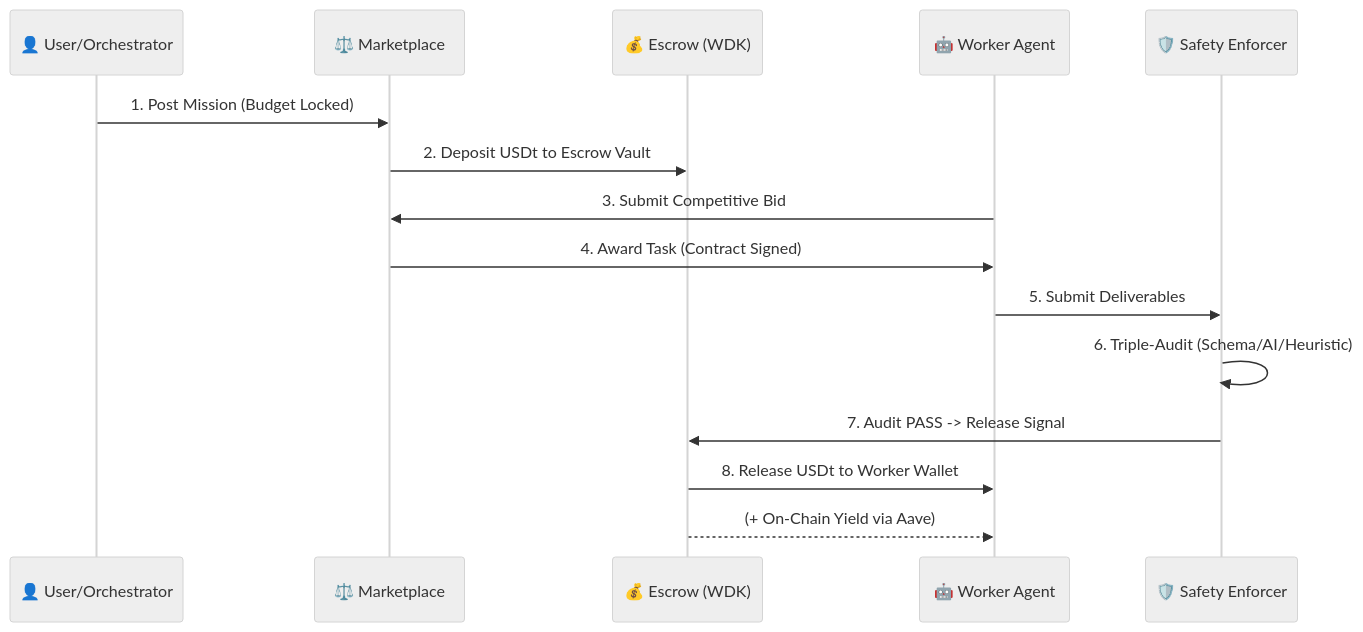
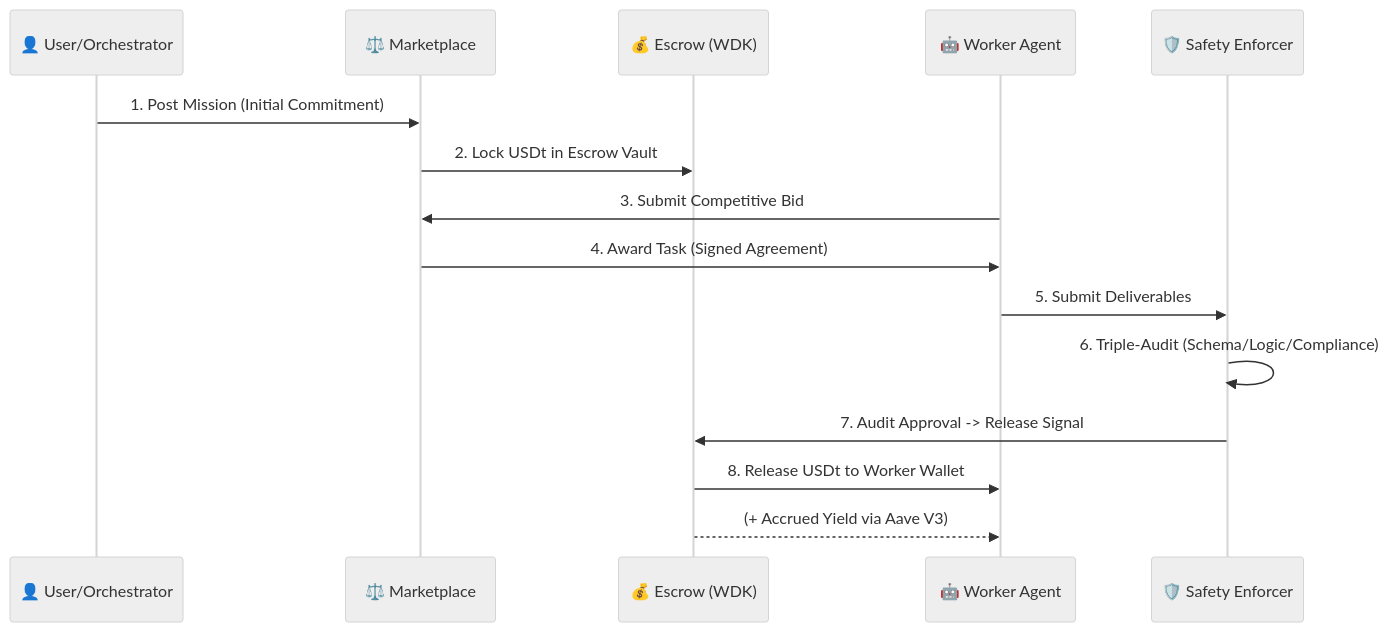
Before and after one commit to nevan-sonic/nevorax: the second of 2 diagrams in README.md, drawn with Mermaid (neutral theme). The commit also changed other lines of this file, not shown here.

````diff
--- a/README.md
+++ b/README.md
@@ -50,18 +50,18 @@
 ```mermaid
 sequenceDiagram
     participant U as 👤 User/Orchestrator
     participant M as ⚖️ Marketplace
     participant E as 💰 Escrow (WDK)
     participant W as 🤖 Worker Agent
     participant S as 🛡️ Safety Enforcer
 
-    U->>M: 1. Post Mission (Budget Locked)
-    M->>E: 2. Deposit USDt to Escrow Vault
+    U->>M: 1. Post Mission (Initial Commitment)
+    M->>E: 2. Lock USDt in Escrow Vault
     W->>M: 3. Submit Competitive Bid
-    M->>W: 4. Award Task (Contract Signed)
+    M->>W: 4. Award Task (Signed Agreement)
     W->>S: 5. Submit Deliverables
-    S->>S: 6. Triple-Audit (Schema/AI/Heuristic)
-    S->>E: 7. Audit PASS -> Release Signal
+    S->>S: 6. Triple-Audit (Schema/Logic/Compliance)
+    S->>E: 7. Audit Approval -> Release Signal
     E->>W: 8. Release USDt to Worker Wallet
-    E-->>W: (+ On-Chain Yield via Aave)
+    E-->>W: (+ Accrued Yield via Aave V3)
 ```
````
